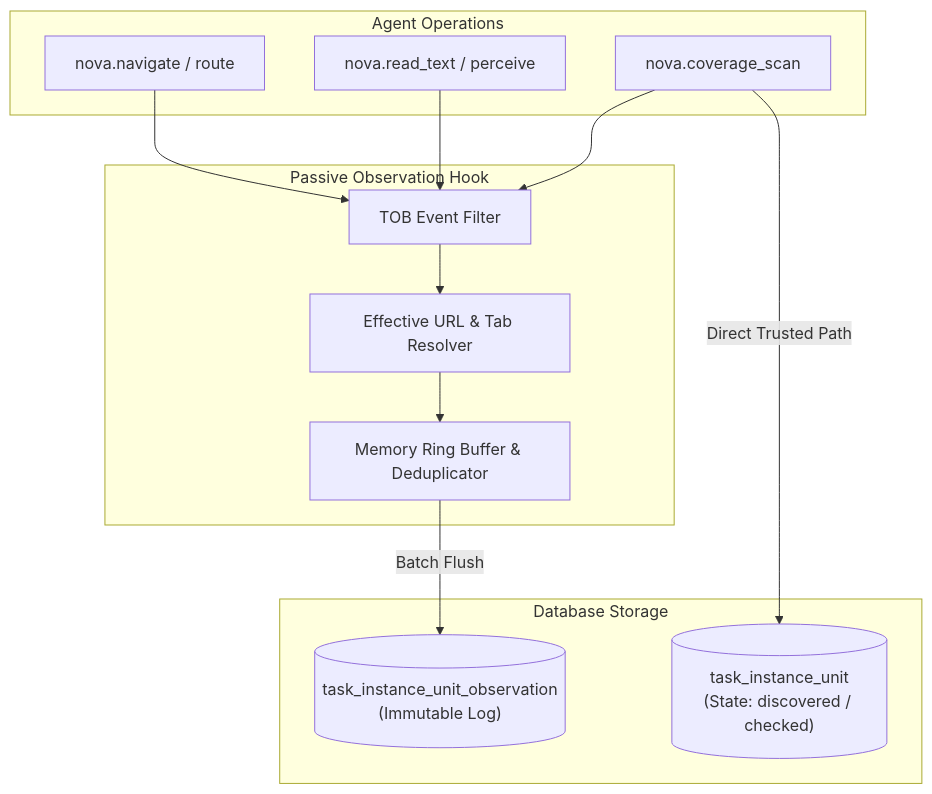
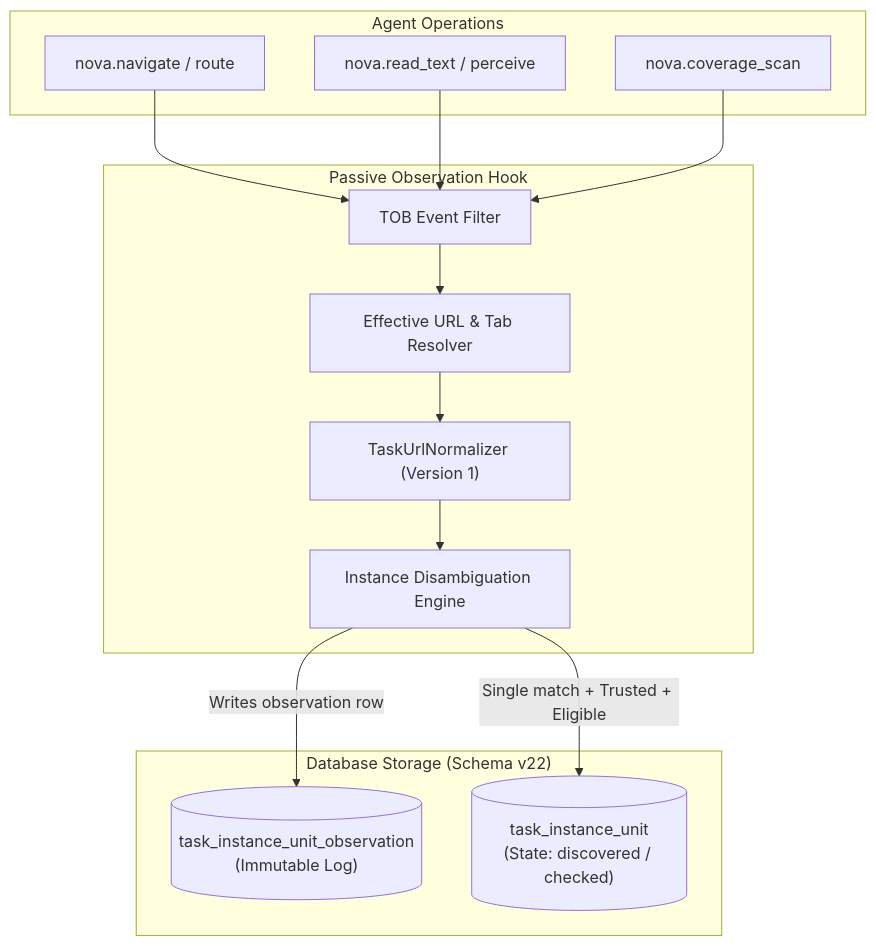
Before and after one commit to joelaniol/nova: the first of 3 diagrams in docs/core-features/learning/task-url-coverage-tuc/reconciliation-and-completion-gates.md, drawn with Mermaid. The commit also changed other lines of this file and 9 other files, not shown here.

Commit message:
docs: fix LCJ formulas and LCJ/TOB diagrams

````diff
--- a/docs/core-features/learning/task-url-coverage-tuc/reconciliation-and-completion-gates.md
+++ b/docs/core-features/learning/task-url-coverage-tuc/reconciliation-and-completion-gates.md
@@ -14,29 +14,31 @@
 ```mermaid
 flowchart TD
     subgraph ToolInvocations["Agent Operations"]
         Nav["nova.navigate / route"]
         Read["nova.read_text / perceive"]
         Scan["nova.coverage_scan"]
     end
 
     subgraph PassiveHook["Passive Observation Hook"]
         TOBFilter["TOB Event Filter"]
         EffectiveUrlResolver["Effective URL & Tab Resolver"]
-        DedupBuffer["Memory Ring Buffer & Deduplicator"]
+        Normalizer["TaskUrlNormalizer (Version 1)"]
+        Disambiguation["Instance Disambiguation Engine"]
     end
 
-    subgraph Ledger["Database Storage"]
+    subgraph Ledger["Database Storage (Schema v22)"]
         ObservationTable[("task_instance_unit_observation<br/>(Immutable Log)")]
         UnitTable[("task_instance_unit<br/>(State: discovered / checked)")]
     end
 
     Nav --> TOBFilter
     Read --> TOBFilter
     Scan --> TOBFilter
 
     TOBFilter --> EffectiveUrlResolver
-    EffectiveUrlResolver --> DedupBuffer
-    DedupBuffer -->|Batch Flush| ObservationTable
+    EffectiveUrlResolver --> Normalizer
+    Normalizer --> Disambiguation
 
-    Scan -->|Direct Trusted Path| UnitTable
+    Disambiguation -->|Writes observation row| ObservationTable
+    Disambiguation -->|Single match + Trusted + Eligible| UnitTable
 ```
````
